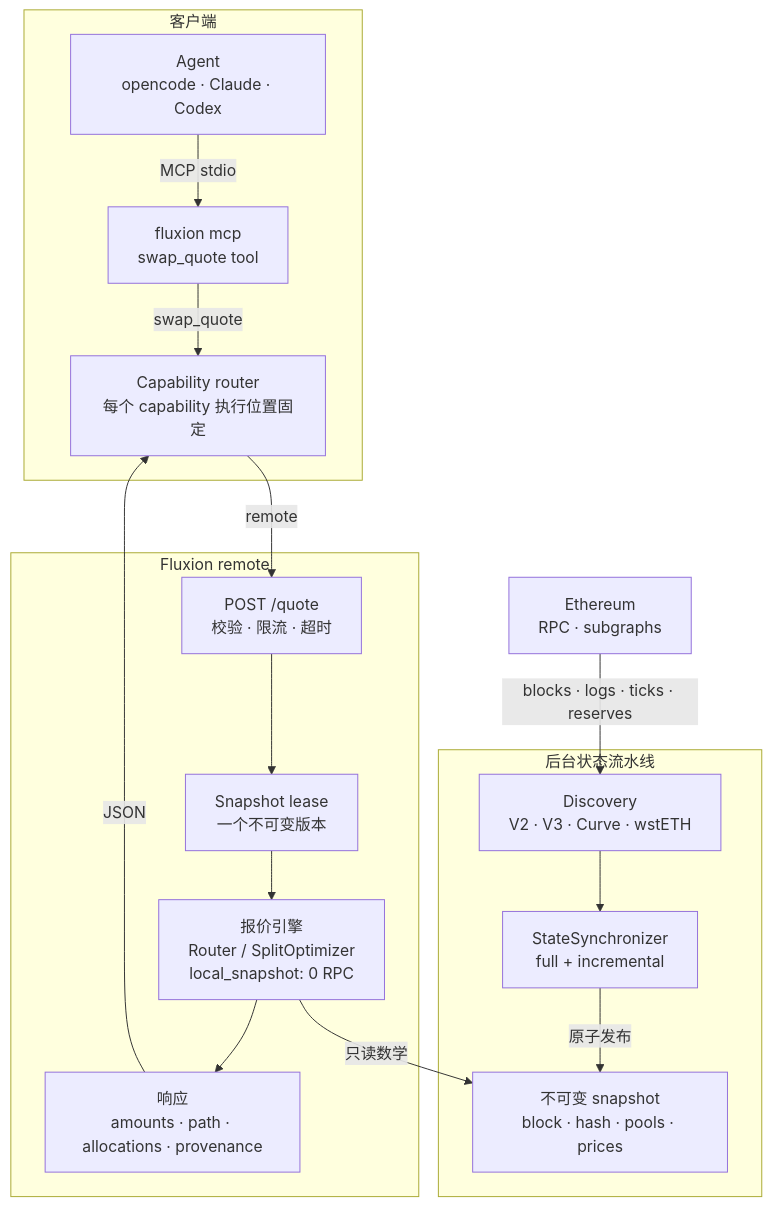
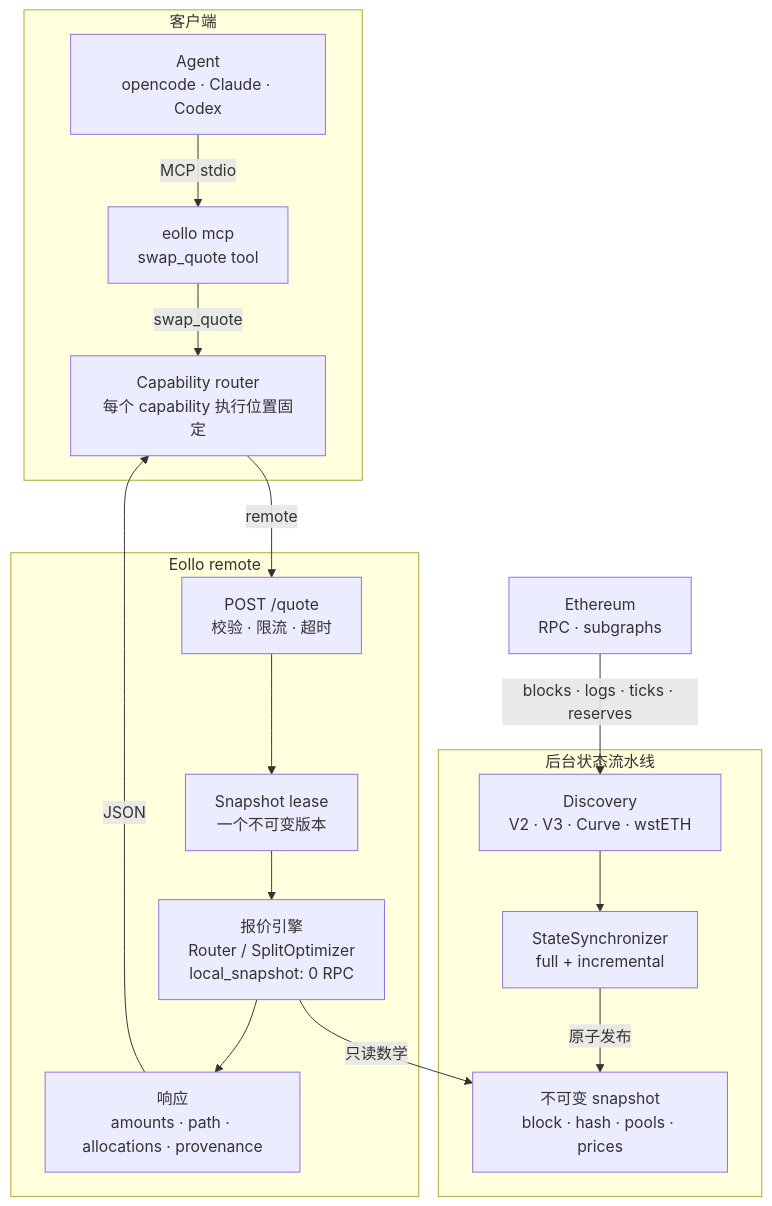
The diagram in docs/capabilities/swap/README.zh.md (ZhangPeibin/Fluxion), drawn with Mermaid before and after one commit. The commit also changed other lines of this file and 268 other files, not shown here.

First line of the commit message:
refactor: rename Fluxion to Eollo

````diff
--- a/docs/capabilities/swap/README.zh.md
+++ b/docs/capabilities/swap/README.zh.md
@@ -40,35 +40,35 @@
 ```mermaid
 flowchart TB
     subgraph Client["客户端"]
         Agent["Agent<br/>opencode · Claude · Codex"]
-        MCP["fluxion mcp<br/>swap_quote tool"]
+        MCP["eollo mcp<br/>swap_quote tool"]
         CapRouter["Capability router<br/>每个 capability 执行位置固定"]
     end
 
-    subgraph Remote["Fluxion remote"]
+    subgraph Remote["Eollo remote"]
         API["POST /quote<br/>校验 · 限流 · 超时"]
         Lease["Snapshot lease<br/>一个不可变版本"]
         Engine["报价引擎<br/>Router / SplitOptimizer<br/>local_snapshot: 0 RPC"]
         Response["响应<br/>amounts · path · allocations · provenance"]
     end
 
     subgraph Background["后台状态流水线"]
         Discovery["Discovery<br/>V2 · V3 · Curve · wstETH"]
         Sync["StateSynchronizer<br/>full + incremental"]
         Snapshot["不可变 snapshot<br/>block · hash · pools · prices"]
     end
 
     Chain["Ethereum<br/>RPC · subgraphs"]
 
     Agent -->|MCP stdio| MCP
     MCP -->|swap_quote| CapRouter
     CapRouter -->|remote| API
     API --> Lease
     Lease --> Engine
     Engine -->|只读数学| Snapshot
     Engine --> Response
     Response -->|JSON| CapRouter
     Chain -->|blocks · logs · ticks · reserves| Discovery
     Discovery --> Sync
     Sync -->|原子发布| Snapshot
 ```
````
